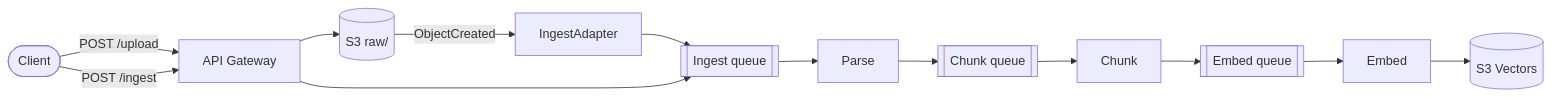
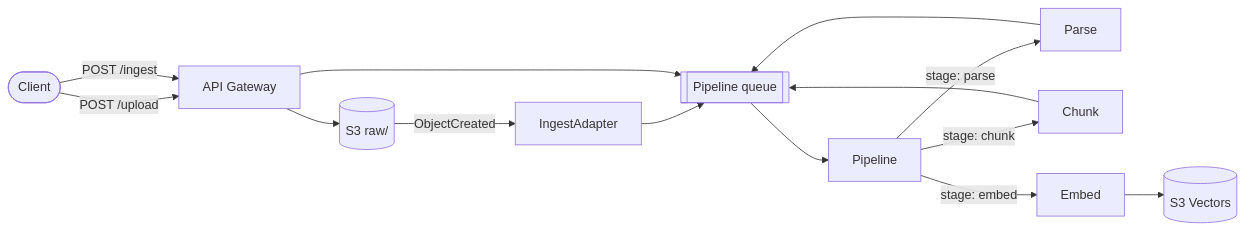
Before and after one commit to beeblastco/cheapkb: the diagram in README.md, drawn with Mermaid. The commit also changed other lines of this file and 10 other files, not shown here.

First line of the commit message:
fix: consolidate pipeline onto one SQS queue to stop idle-poll burn

````diff
--- a/README.md
+++ b/README.md
@@ -17,10 +17,11 @@
 ```mermaid
 flowchart LR
     Client([Client]) -->|POST /upload| API["API Gateway"]
     API --> S3raw[("S3 raw/")]
-    S3raw -->|ObjectCreated| IngestAdapter["IngestAdapter"] --> IngestQ[["Ingest queue"]]
-    Client -->|POST /ingest| API --> IngestQ
-    IngestQ --> Parse["Parse"] --> ChunkQ[["Chunk queue"]]
-    ChunkQ --> Chunk["Chunk"] --> EmbedQ[["Embed queue"]]
-    EmbedQ --> Embed["Embed"] --> Vectors[("S3 Vectors")]
+    S3raw -->|ObjectCreated| IngestAdapter["IngestAdapter"] --> PipelineQ
+    Client -->|POST /ingest| API --> PipelineQ[["Pipeline queue"]]
+    PipelineQ --> Dispatch["Pipeline"]
+    Dispatch -->|stage: parse| Parse["Parse"] --> PipelineQ
+    Dispatch -->|stage: chunk| Chunk["Chunk"] --> PipelineQ
+    Dispatch -->|stage: embed| Embed["Embed"] --> Vectors[("S3 Vectors")]
 ```
````
